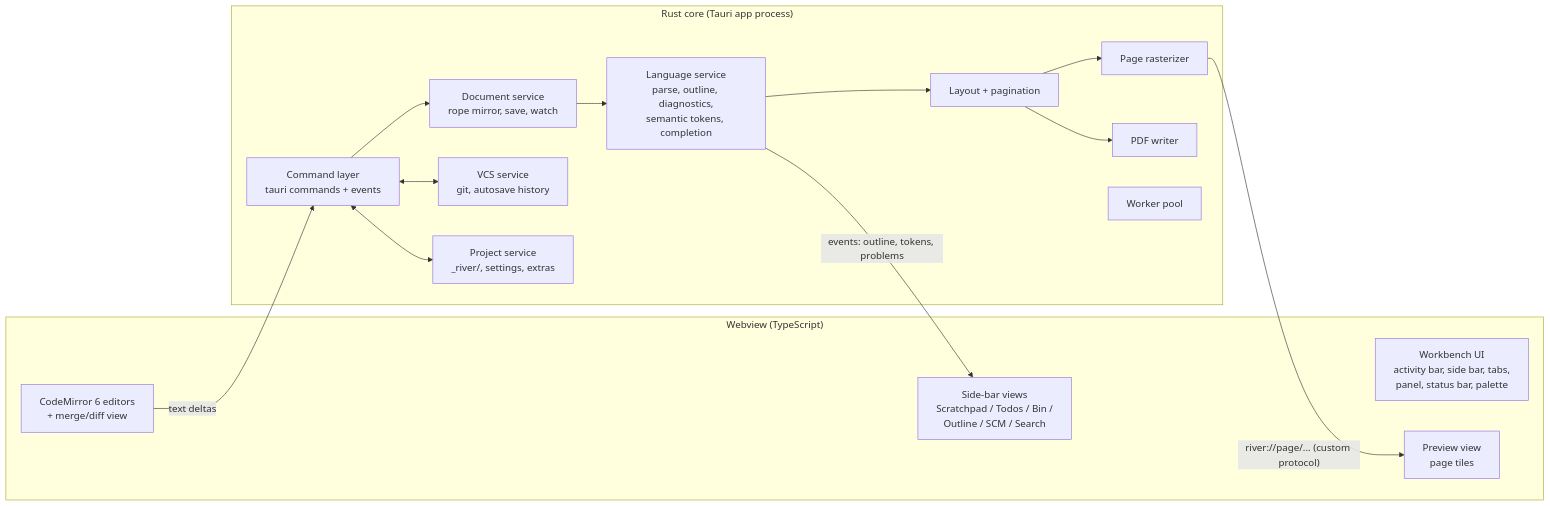
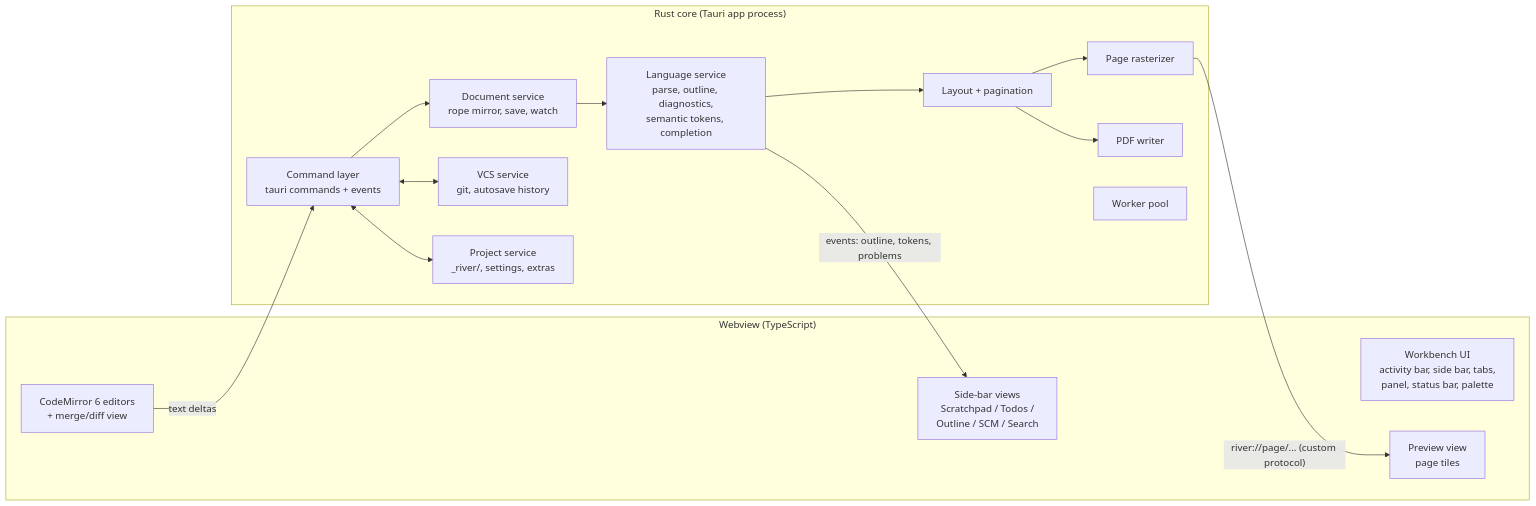
One commit to arjunacharya10/river-writer changed the first of 2 diagrams in docs/05-architecture.md. Above: the diagram before and after it, drawn with Mermaid. The commit also changed other lines of this file and 16 other files, not shown here.

Commit message:
Add protected sidebar Scratchpad and remove Bin from product scope

````diff
--- a/docs/05-architecture.md
+++ b/docs/05-architecture.md
@@ -38,27 +38,27 @@
 ```mermaid
 flowchart LR
   subgraph Webview["Webview (TypeScript)"]
     WB[Workbench UI<br/>activity bar, side bar, tabs,<br/>panel, status bar, palette]
     MON[CodeMirror 6 editors<br/>+ merge/diff view]
     PV[Preview view<br/>page tiles]
-    SB[Side-bar views<br/>Scratchpad / Todos / Bin /<br/>Outline / SCM / Search]
+    SB[Side-bar views<br/>Scratchpad / Todos /<br/>Outline / SCM / Search]
   end
   subgraph Core["Rust core (Tauri app process)"]
     CMD[Command layer<br/>tauri commands + events]
     DOC[Document service<br/>rope mirror, save, watch]
     LANG[Language service<br/>parse, outline, diagnostics,<br/>semantic tokens, completion]
     LAY[Layout + pagination]
     RND[Page rasterizer]
     PDF[PDF writer]
     VCS[VCS service<br/>git, autosave history]
     PRJ[Project service<br/>_river/, settings, extras]
     WK[Worker pool]
   end
   MON -- text deltas --> CMD
   CMD --> DOC --> LANG --> LAY --> RND
   LAY --> PDF
   CMD <--> VCS
   CMD <--> PRJ
   RND -- "river://page/... (custom protocol)" --> PV
   LANG -- events: outline, tokens, problems --> SB
 ```
````
